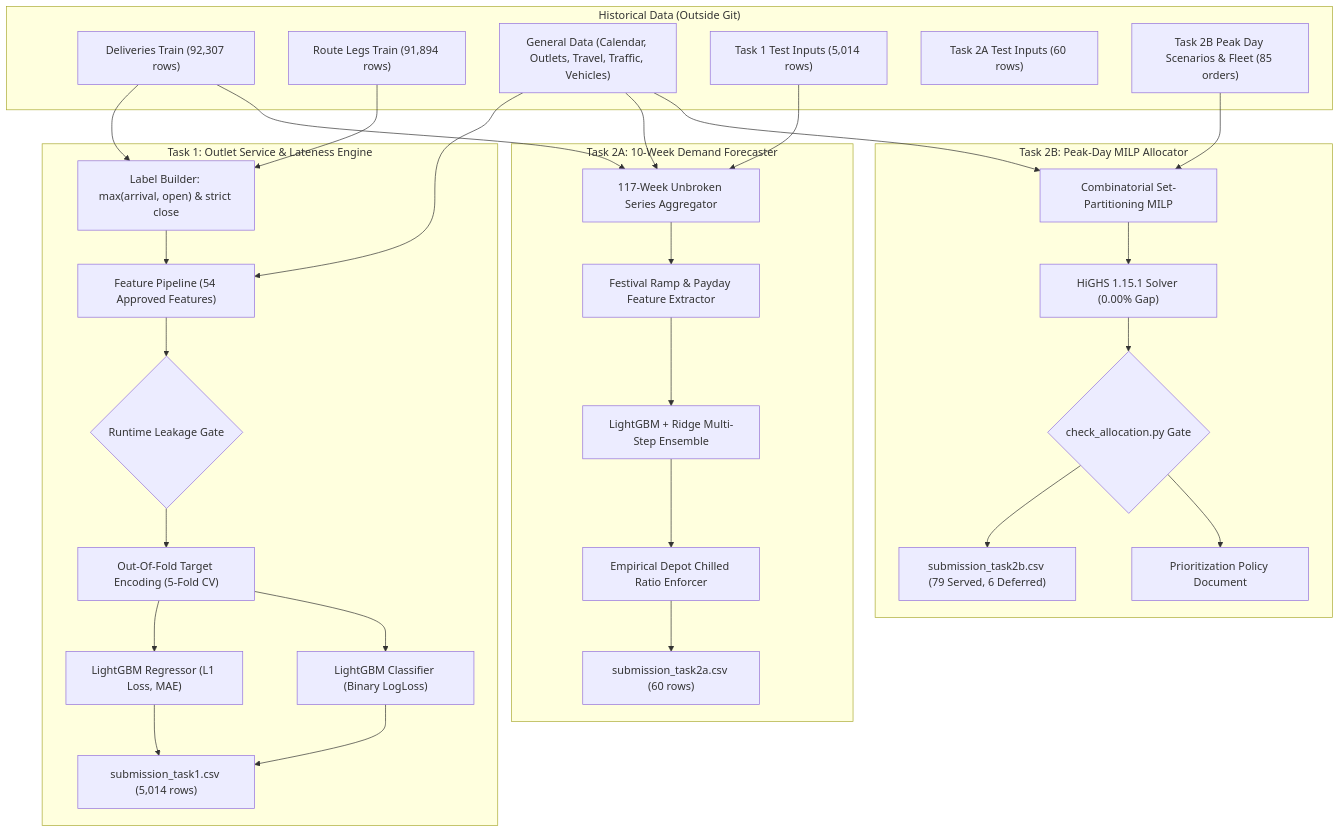
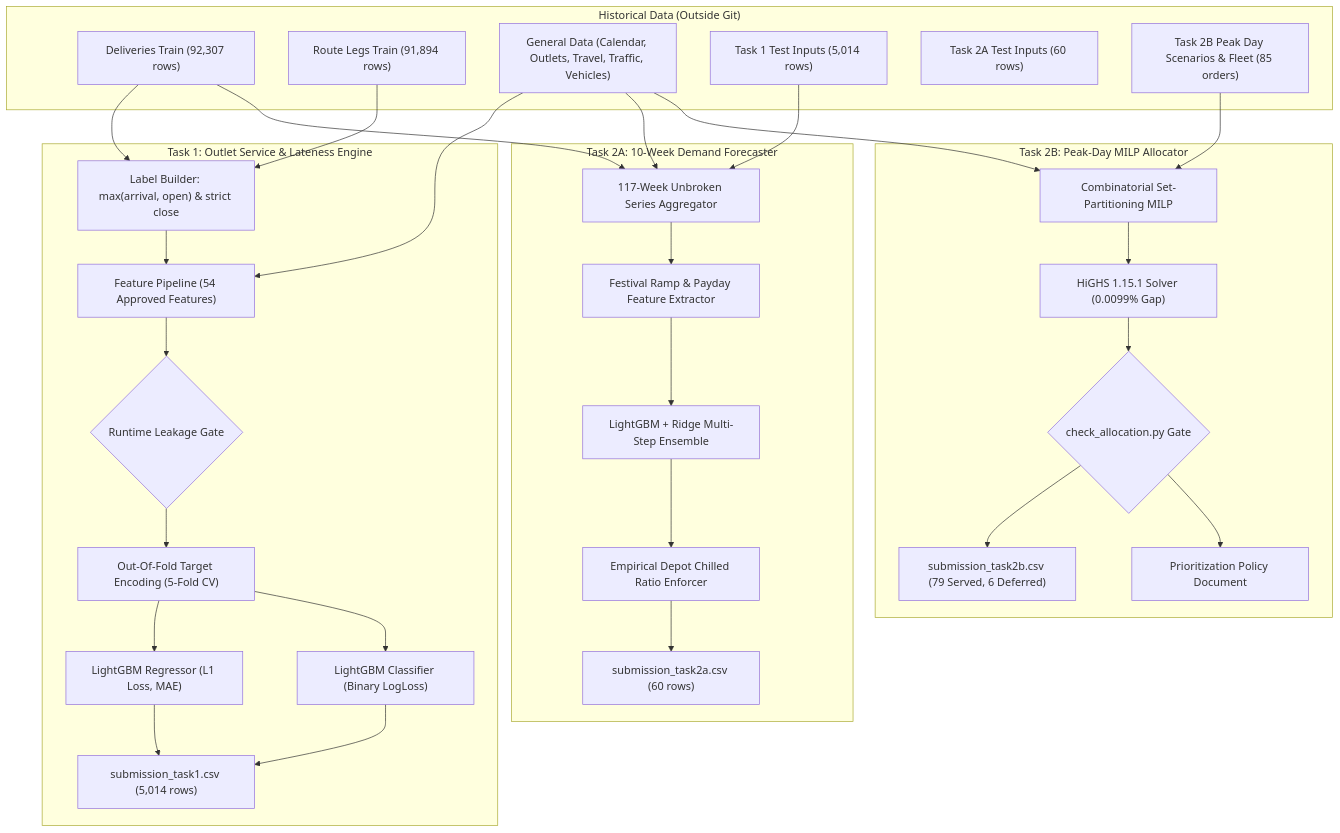
One commit to saadmaz/Nexora_Waypoint changed the first of 2 diagrams in datathon/docs/architecture.md. Above: the diagram before and after it, drawn with Mermaid. The commit also changed other lines of this file and 7 other files, not shown here.

````diff
--- a/datathon/docs/architecture.md
+++ b/datathon/docs/architecture.md
@@ -11,46 +11,46 @@
 ```mermaid
 flowchart TD
     subgraph Data Sources ["Historical Data (Outside Git)"]
         D_Train["Deliveries Train (92,307 rows)"]
         L_Train["Route Legs Train (91,894 rows)"]
         Gen_Data["General Data (Calendar, Outlets, Travel, Traffic, Vehicles)"]
         T1_Test["Task 1 Test Inputs (5,014 rows)"]
         T2A_Test["Task 2A Test Inputs (60 rows)"]
         T2B_Test["Task 2B Peak Day Scenarios & Fleet (85 orders)"]
     end
 
     subgraph Task 1 ["Task 1: Outlet Service & Lateness Engine"]
         L_Build["Label Builder: max(arrival, open) & strict close"]
         Feat_Eng["Feature Pipeline (54 Approved Features)"]
         Leak_Gate{"Runtime Leakage Gate"}
         OOF_TE["Out-Of-Fold Target Encoding (5-Fold CV)"]
         M_Svc["LightGBM Regressor (L1 Loss, MAE)"]
         M_Late["LightGBM Classifier (Binary LogLoss)"]
         Sub1["submission_task1.csv (5,014 rows)"]
     end
 
     subgraph Task 2A ["Task 2A: 10-Week Demand Forecaster"]
         Agg_Wk["117-Week Unbroken Series Aggregator"]
         Fest_Eng["Festival Ramp & Payday Feature Extractor"]
         Ens_2A["LightGBM + Ridge Multi-Step Ensemble"]
         Chilled_R["Empirical Depot Chilled Ratio Enforcer"]
         Sub2A["submission_task2a.csv (60 rows)"]
     end
 
     subgraph Task 2B ["Task 2B: Peak-Day MILP Allocator"]
         MILP_Form["Combinatorial Set-Partitioning MILP"]
-        HiGHS_Solv["HiGHS 1.15.1 Solver (0.00% Gap)"]
+        HiGHS_Solv["HiGHS 1.15.1 Solver (0.0099% Gap)"]
         Check_Alloc{"check_allocation.py Gate"}
         Sub2B["submission_task2b.csv (79 Served, 6 Deferred)"]
         Doc_Pol["Prioritization Policy Document"]
     end
 
     D_Train & L_Train --> L_Build
     L_Build & Gen_Data --> Feat_Eng --> Leak_Gate --> OOF_TE
     OOF_TE --> M_Svc --> Sub1
     OOF_TE --> M_Late --> Sub1
 
     D_Train & T1_Test & Gen_Data --> Agg_Wk --> Fest_Eng --> Ens_2A --> Chilled_R --> Sub2A
 
     T2B_Test & Gen_Data --> MILP_Form --> HiGHS_Solv --> Check_Alloc --> Sub2B & Doc_Pol
 ```
````
